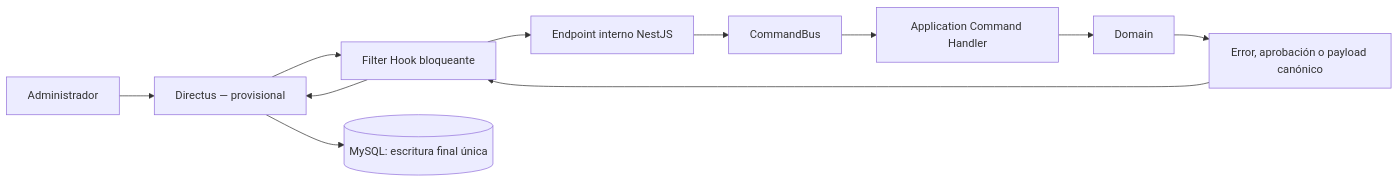
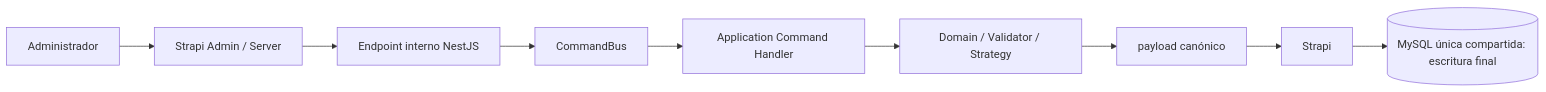
Before and after one commit to cromaticacreativa/project-cromaticacreativa-web: the fourth of 6 diagrams in README.md, drawn with Mermaid. The commit also changed other lines of this file and 90 other files, not shown here.

````diff
--- a/README.md
+++ b/README.md
@@ -128,13 +145,11 @@
 ```mermaid
 flowchart LR
-    administrador["Administrador"] --> directus["Directus — provisional"]
-    directus --> hook["Filter Hook bloqueante"]
-    hook --> api["Endpoint interno NestJS"]
+    administrador["Administrador"] --> strapi["Strapi Admin / Server"]
+    strapi --> api["Endpoint interno NestJS"]
     api --> commandBus["CommandBus"]
     commandBus --> handler["Application Command Handler"]
-    handler --> domain["Domain"]
-    domain --> result["Error, aprobación o payload canónico"]
-    result --> hook
-    hook --> directus
-    directus --> mysql[("MySQL: escritura final única")]
+    handler --> domain["Domain / Validator / Strategy"]
+    domain --> payload["payload canónico"]
+    payload --> strapi2["Strapi"]
+    strapi2 --> mysql[("MySQL única compartida: escritura final")]
 ```
````
